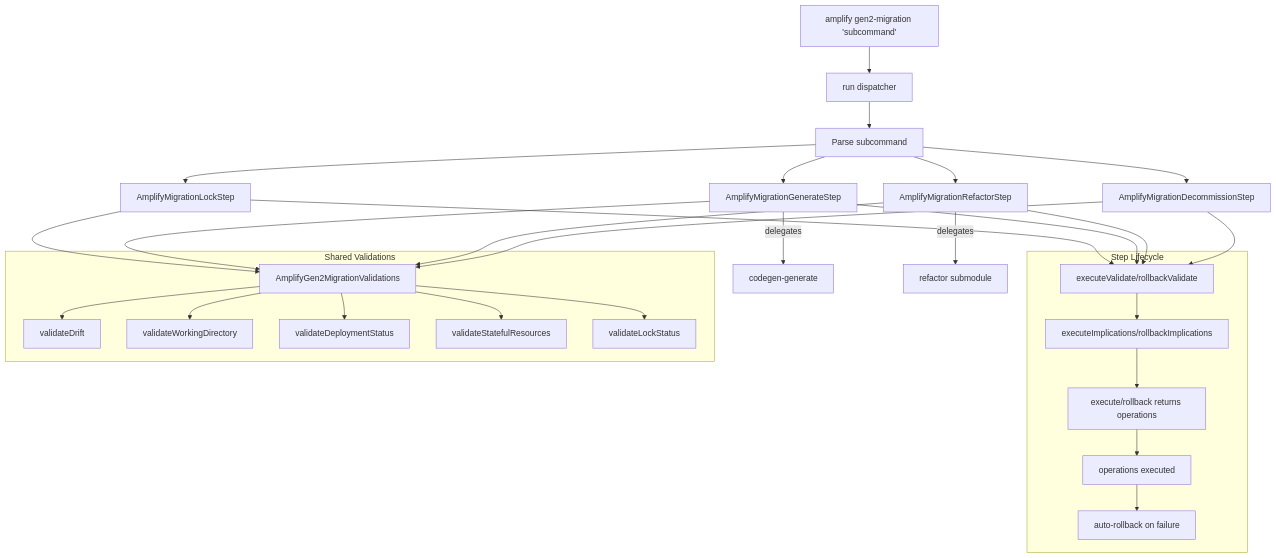
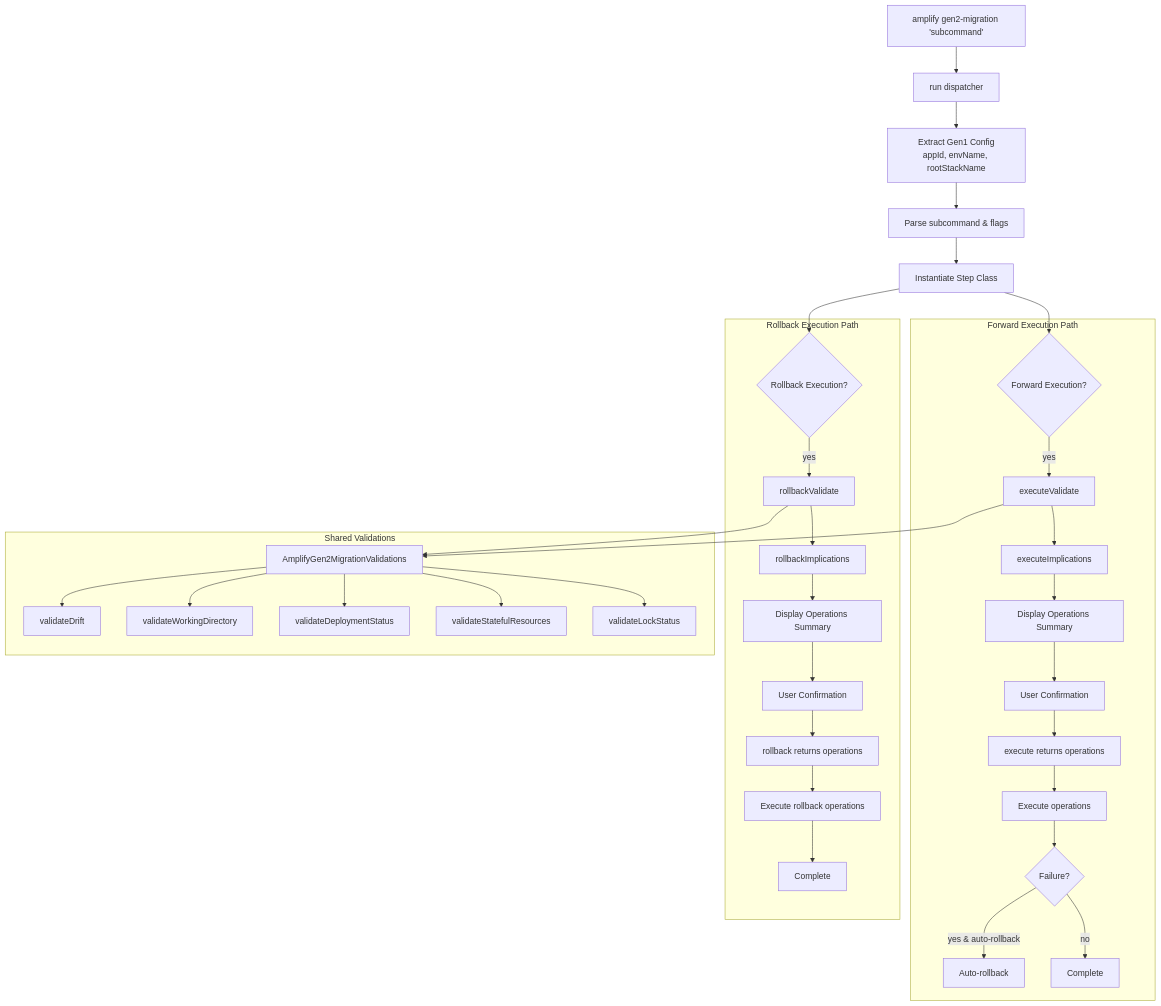
The diagram in docs/amplify-cli/src/gen2-migration.md (aws-amplify/amplify-cli), drawn with Mermaid before and after one commit.

Commit message:
chore: mid work

````diff
--- a/docs/amplify-cli/src/gen2-migration.md
+++ b/docs/amplify-cli/src/gen2-migration.md
@@ -29,39 +29,45 @@
 ```mermaid
 flowchart TD
     CLI[amplify gen2-migration 'subcommand'] --> RUN[run dispatcher]
-    RUN --> PARSE[Parse subcommand]
+    RUN --> EXTRACT[Extract Gen1 Config<br/>appId, envName, rootStackName]
+    EXTRACT --> PARSE[Parse subcommand & flags]
     
-    PARSE --> LOCK[AmplifyMigrationLockStep]
-    PARSE --> GEN[AmplifyMigrationGenerateStep]
-    PARSE --> REF[AmplifyMigrationRefactorStep]
-    PARSE --> DEC[AmplifyMigrationDecommissionStep]
+    PARSE --> STEP[Instantiate Step Class]
     
-    subgraph "Step Lifecycle"
-        VI[executeValidate/rollbackValidate] --> IMP[executeImplications/rollbackImplications]
-        IMP --> OPS[execute/rollback returns operations]
-        OPS --> EX[operations executed]
-        EX --> AR[auto-rollback on failure]
+    STEP --> FORWARD{Forward Execution?}
+    STEP --> ROLLBACK{Rollback Execution?}
+    
+    subgraph "Forward Execution Path"
+        FORWARD -->|yes| FV[executeValidate]
+        FV --> FIMP[executeImplications]
+        FIMP --> FSUM[Display Operations Summary]
+        FSUM --> FCONF[User Confirmation]
+        FCONF --> FOPS[execute returns operations]
+        FOPS --> FEX[Execute operations]
+        FEX --> FERR{Failure?}
+        FERR -->|yes & auto-rollback| RAR[Auto-rollback]
+        FERR -->|no| FDONE[Complete]
     end
     
-    LOCK --> VI
-    GEN --> VI
-    REF --> VI
-    DEC --> VI
-    
-    GEN -->|delegates| CG[codegen-generate]
-    REF -->|delegates| RF[refactor submodule]
+    subgraph "Rollback Execution Path"
+        ROLLBACK -->|yes| RV[rollbackValidate]
+        RV --> RIMP[rollbackImplications]
+        RIMP --> RSUM[Display Operations Summary]
+        RSUM --> RCONF[User Confirmation]
+        RCONF --> ROPS[rollback returns operations]
+        ROPS --> REX[Execute rollback operations]
+        REX --> RDONE[Complete]
+    end
     
     subgraph "Shared Validations"
         VAL[AmplifyGen2MigrationValidations]
         VAL --> VD[validateDrift]
         VAL --> VW[validateWorkingDirectory]
         VAL --> VS[validateDeploymentStatus]
         VAL --> VSR[validateStatefulResources]
         VAL --> VL[validateLockStatus]
     end
     
-    LOCK --> VAL
-    GEN --> VAL
-    REF --> VAL
-    DEC --> VAL
+    FV --> VAL
+    RV --> VAL
 ```
````
